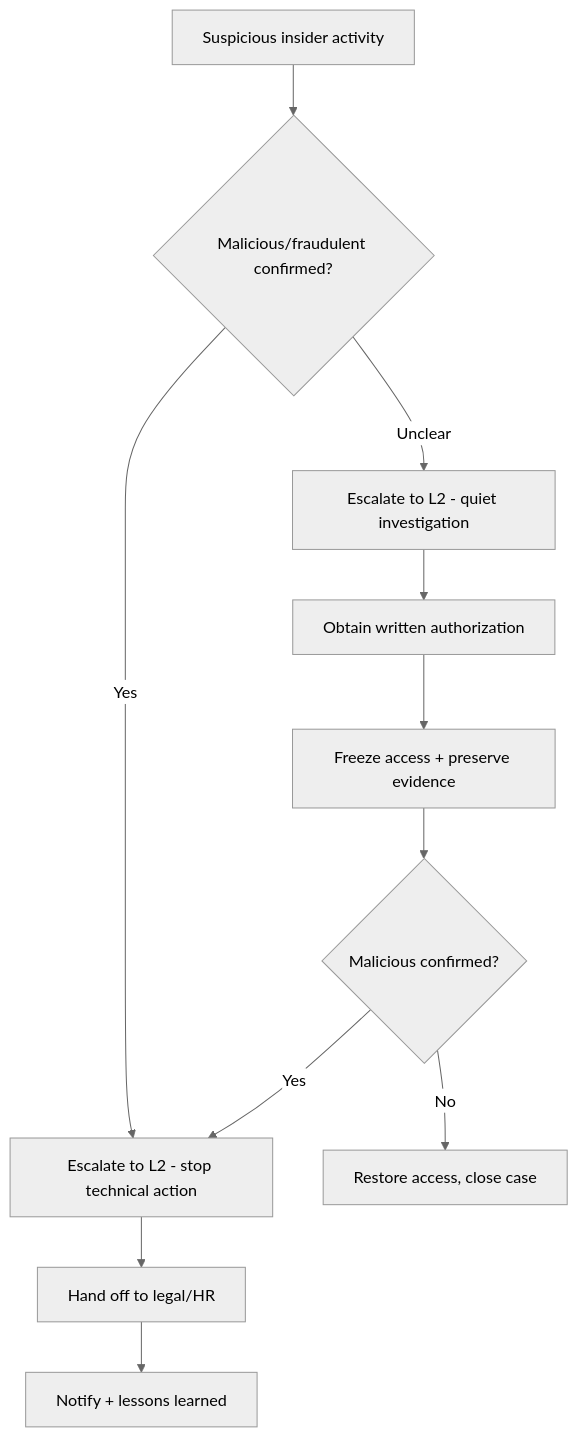
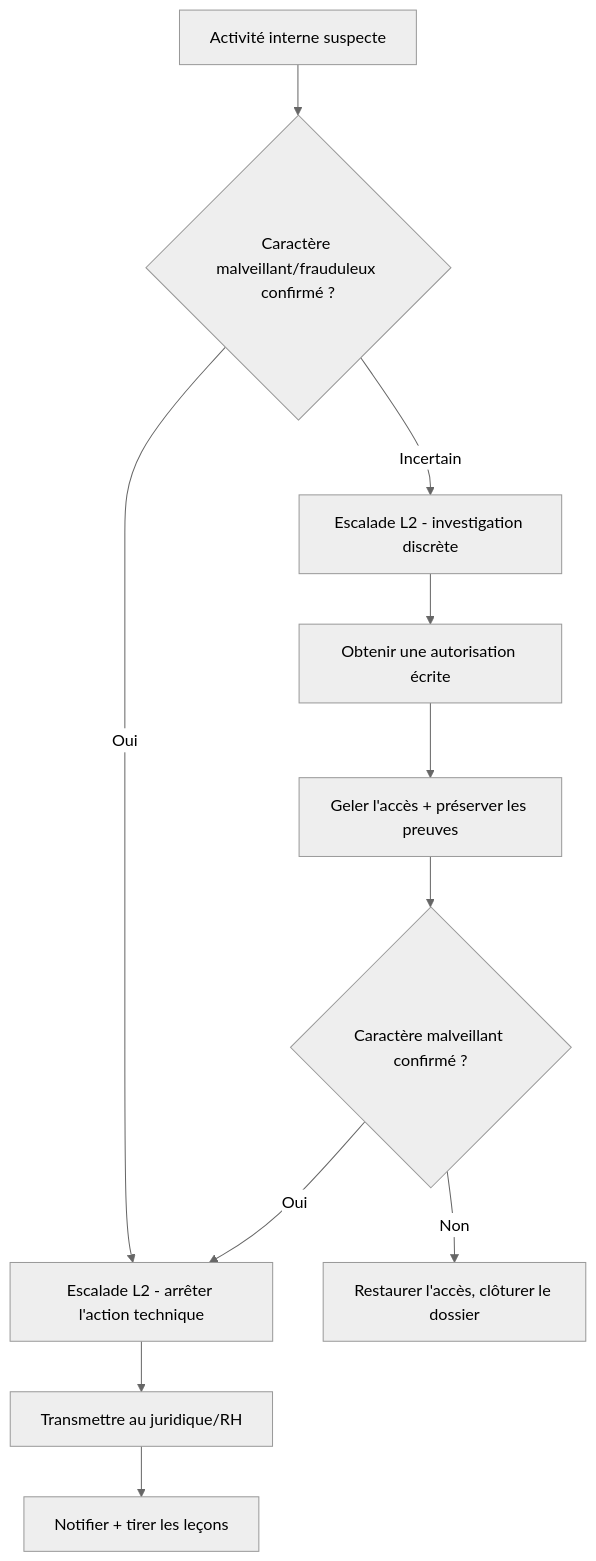
The diagram in docs/fr/runbooks/insider-threat.md (MiracleDvm/ir-firstline), drawn with Mermaid (neutral theme) before and after one commit. The commit also changed 11 other files, not shown here.

Commit message:
Translate Mermaid decision tree labels into French on all FR runbooks

````diff
--- a/docs/fr/runbooks/insider-threat.md
+++ b/docs/fr/runbooks/insider-threat.md
@@ -28,13 +28,13 @@
 ```mermaid
 flowchart TD
-    A[Suspicious insider activity] --> B{Malicious/fraudulent confirmed?}
-    B -->|Unclear| C[Escalate to L2 - quiet investigation]
-    B -->|Yes| D[Escalate to L2 - stop technical action]
-    C --> E[Obtain written authorization]
-    E --> F[Freeze access + preserve evidence]
-    F --> G{Malicious confirmed?}
-    G -->|Yes| D
-    G -->|No| H[Restore access, close case]
-    D --> I[Hand off to legal/HR]
-    I --> J[Notify + lessons learned]
+    A[Activité interne suspecte] --> B{Caractère malveillant/frauduleux confirmé ?}
+    B -->|Incertain| C[Escalade L2 - investigation discrète]
+    B -->|Oui| D[Escalade L2 - arrêter l'action technique]
+    C --> E[Obtenir une autorisation écrite]
+    E --> F[Geler l'accès + préserver les preuves]
+    F --> G{Caractère malveillant confirmé ?}
+    G -->|Oui| D
+    G -->|Non| H[Restaurer l'accès, clôturer le dossier]
+    D --> I[Transmettre au juridique/RH]
+    I --> J[Notifier + tirer les leçons]
 ```
````
